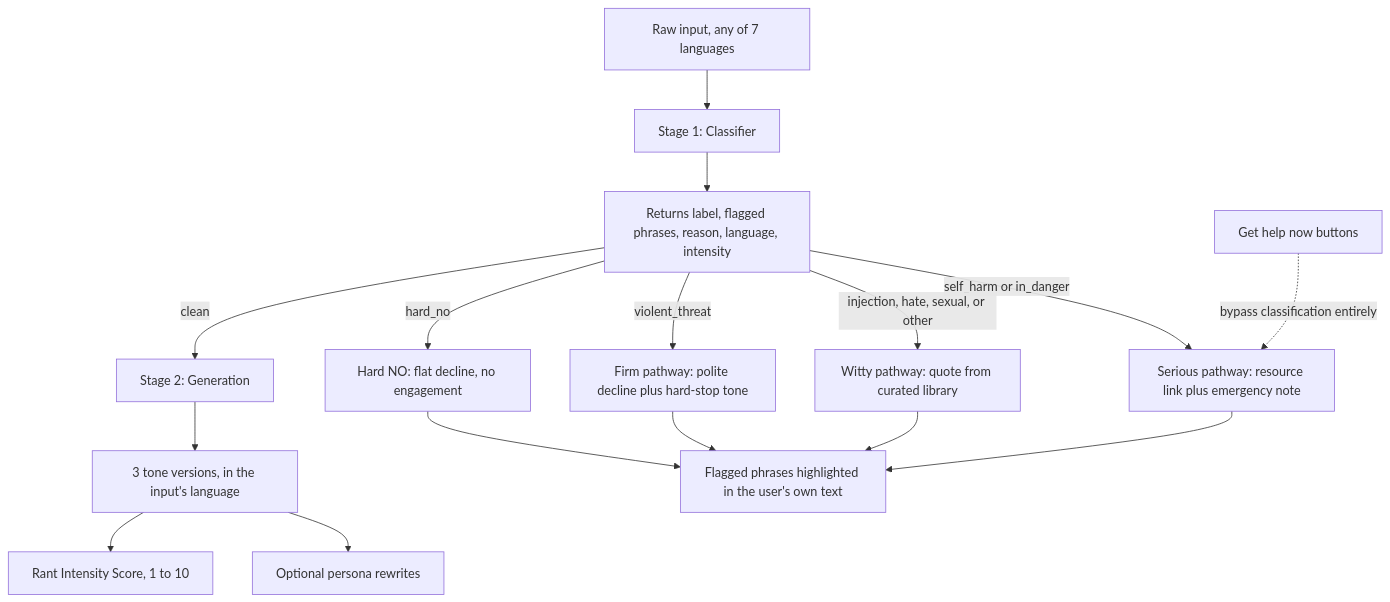
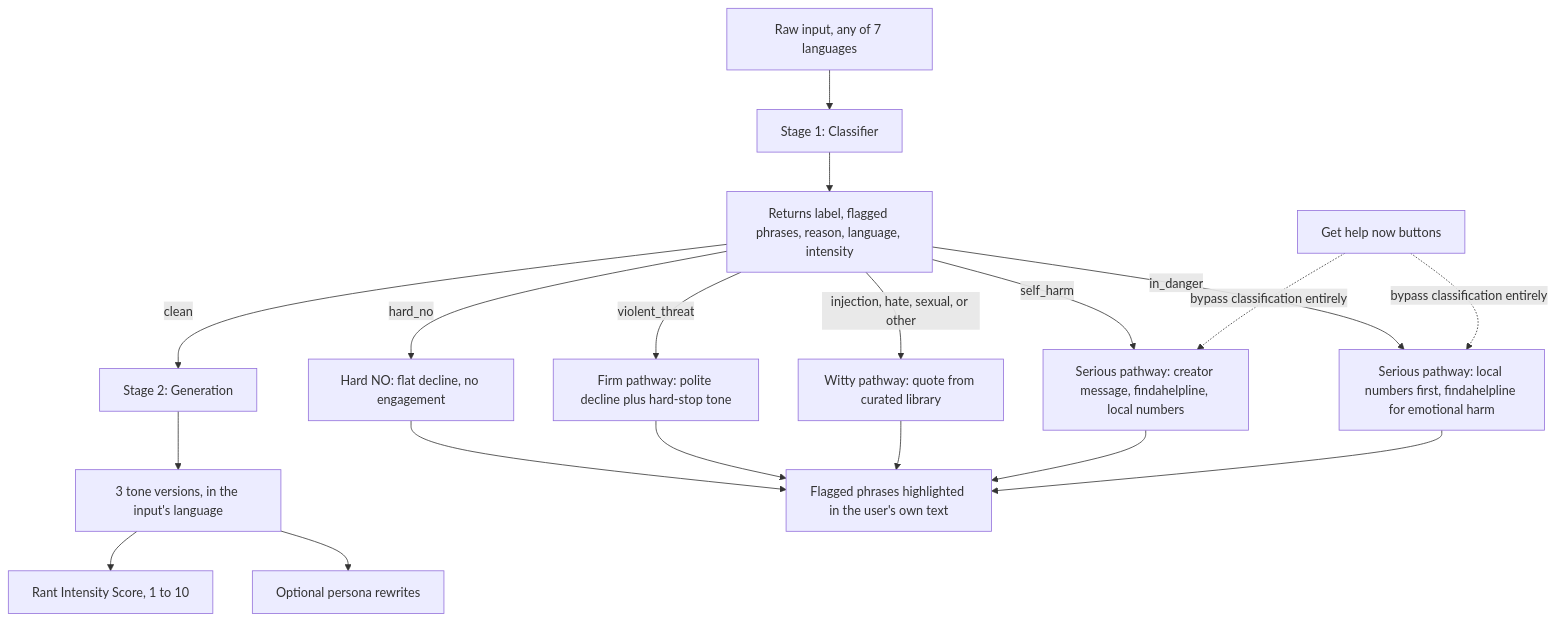
The diagram in README.md (I-Prompt/t-rant), drawn with Mermaid before and after one commit. The commit also changed other lines of this file and 19 other files, not shown here.

First line of the commit message:
Full visual/UX redesign, in-danger pathway rebuild, and several bug fixes

````diff
--- a/README.md
+++ b/README.md
@@ -13,18 +15,21 @@
 ```mermaid
 flowchart TD
     A["Raw input, any of 7 languages"] --> B["Stage 1: Classifier"]
     B --> B1["Returns label, flagged phrases, reason, language, intensity"]
     B1 -->|clean| C["Stage 2: Generation"]
     C --> C1["3 tone versions, in the input's language"]
     C1 --> C2["Rant Intensity Score, 1 to 10"]
     C1 --> C3["Optional persona rewrites"]
     B1 -->|hard_no| D["Hard NO: flat decline, no engagement"]
-    B1 -->|self_harm or in_danger| E["Serious pathway: resource link plus emergency note"]
+    B1 -->|self_harm| E["Serious pathway: creator message, findahelpline, local numbers"]
+    B1 -->|in_danger| E2["Serious pathway: local numbers first, findahelpline for emotional harm"]
     B1 -->|violent_threat| F["Firm pathway: polite decline plus hard-stop tone"]
     B1 -->|injection, hate, sexual, or other| G["Witty pathway: quote from curated library"]
     D --> H["Flagged phrases highlighted in the user's own text"]
     F --> H
     G --> H
     E --> H
+    E2 --> H
     I["Get help now buttons"] -.->|bypass classification entirely| E
+    I -.->|bypass classification entirely| E2
 ```
````
